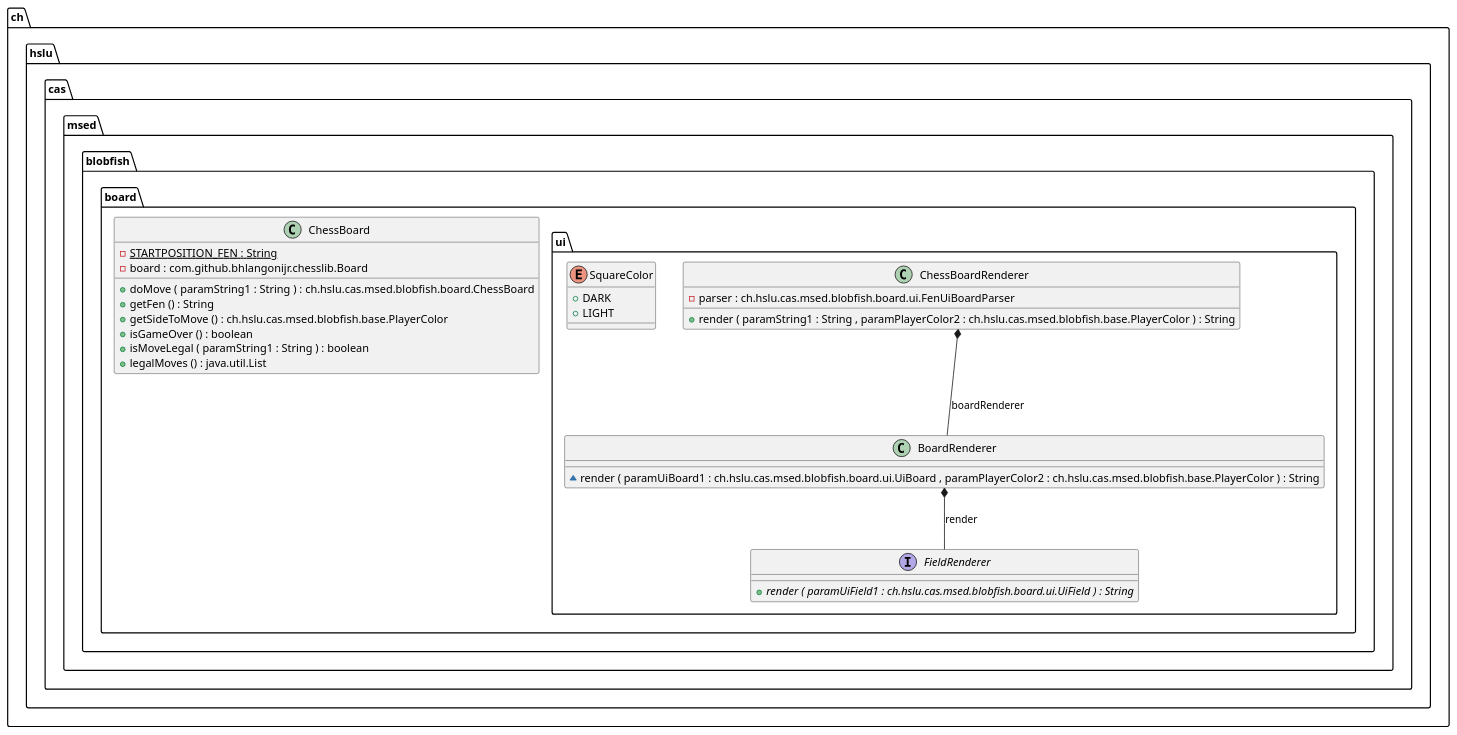
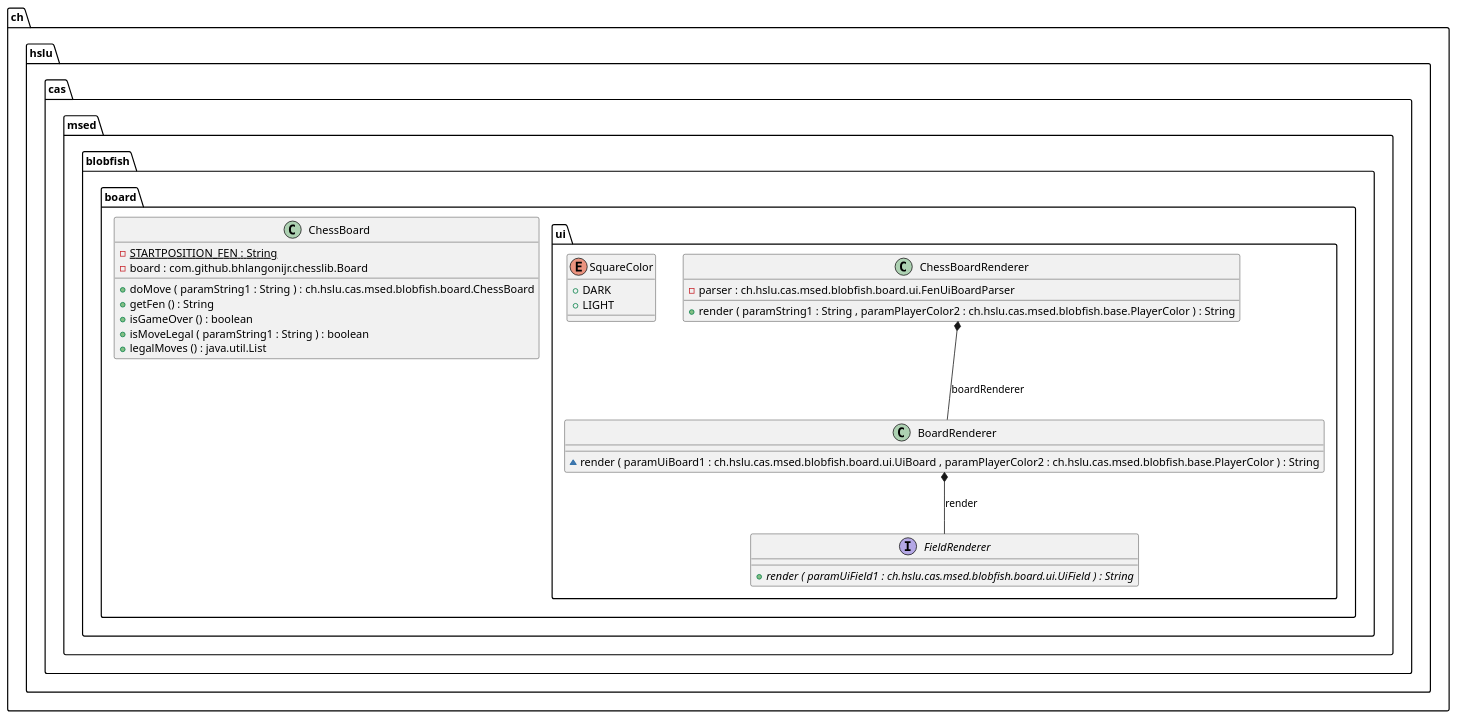
Before and after one commit to l2c0r3/blobfish: the diagram in docs/generated-diagrams/board.puml, drawn with PlantUML. The commit also changed 3 other files, not shown here.

Commit message:
update generated UML diagrams

```diff
--- a/docs/generated-diagrams/board.puml
+++ b/docs/generated-diagrams/board.puml
@@ -1,43 +1,42 @@
 @startuml
 
 class ch.hslu.cas.msed.blobfish.board.ChessBoard {
 	{field} {static} -STARTPOSITION_FEN : String
 	{field} -board : com.github.bhlangonijr.chesslib.Board
 	{method} +doMove ( paramString1 : String ) : ch.hslu.cas.msed.blobfish.board.ChessBoard
 	{method} +getFen () : String
-	{method} +getSideToMove () : ch.hslu.cas.msed.blobfish.base.PlayerColor
 	{method} +isGameOver () : boolean
 	{method} +isMoveLegal ( paramString1 : String ) : boolean
 	{method} +legalMoves () : java.util.List
 }
 
 
 class ch.hslu.cas.msed.blobfish.board.ui.BoardRenderer {
 	{method} ~render ( paramUiBoard1 : ch.hslu.cas.msed.blobfish.board.ui.UiBoard , paramPlayerColor2 : ch.hslu.cas.msed.blobfish.base.PlayerColor ) : String
 }
 
 
 class ch.hslu.cas.msed.blobfish.board.ui.ChessBoardRenderer {
 	{field} -parser : ch.hslu.cas.msed.blobfish.board.ui.FenUiBoardParser
 	{method} +render ( paramString1 : String , paramPlayerColor2 : ch.hslu.cas.msed.blobfish.base.PlayerColor ) : String
 }
 
 
 interface ch.hslu.cas.msed.blobfish.board.ui.FieldRenderer {
 	{method}  {abstract} +render ( paramUiField1 : ch.hslu.cas.msed.blobfish.board.ui.UiField ) : String
 }
 
 
 enum ch.hslu.cas.msed.blobfish.board.ui.SquareColor {
 	{field} +DARK
 	{field} +LIGHT
 }
 
 
 
 
 ch.hslu.cas.msed.blobfish.board.ui.BoardRenderer *--  ch.hslu.cas.msed.blobfish.board.ui.FieldRenderer : render
 ch.hslu.cas.msed.blobfish.board.ui.ChessBoardRenderer *--  ch.hslu.cas.msed.blobfish.board.ui.BoardRenderer : boardRenderer
 
 
 @enduml
```
